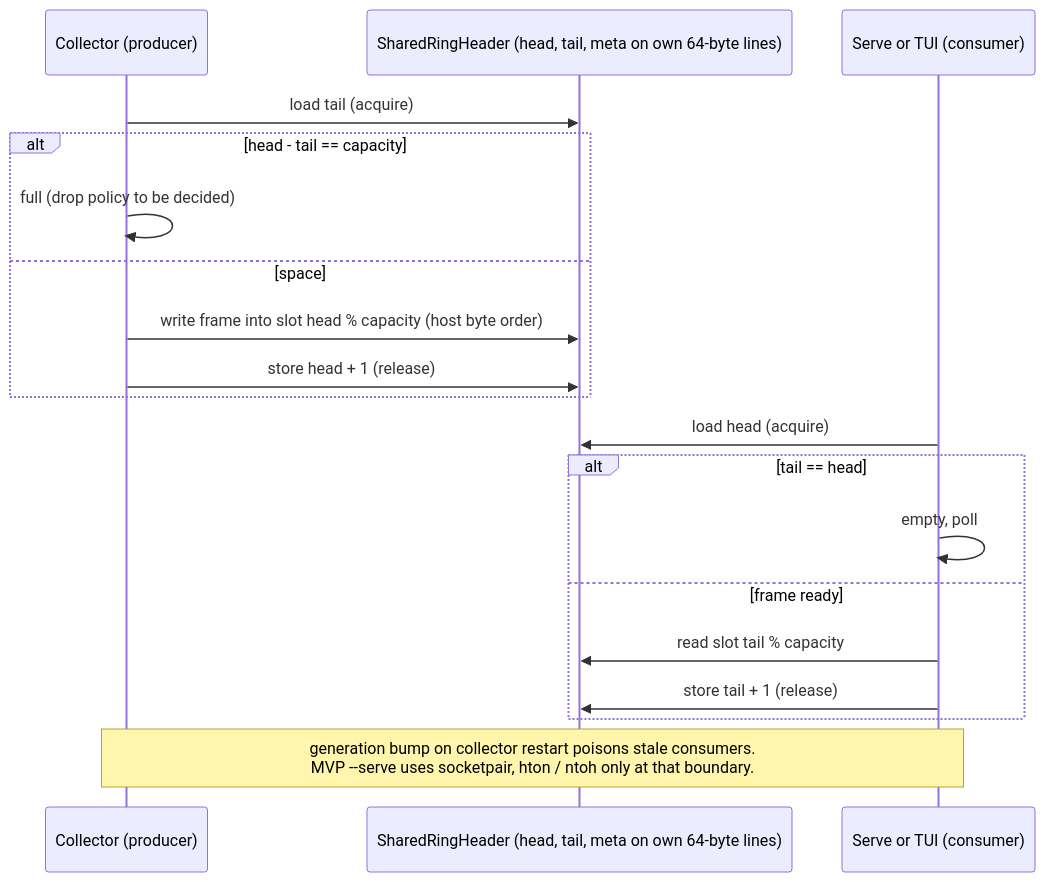
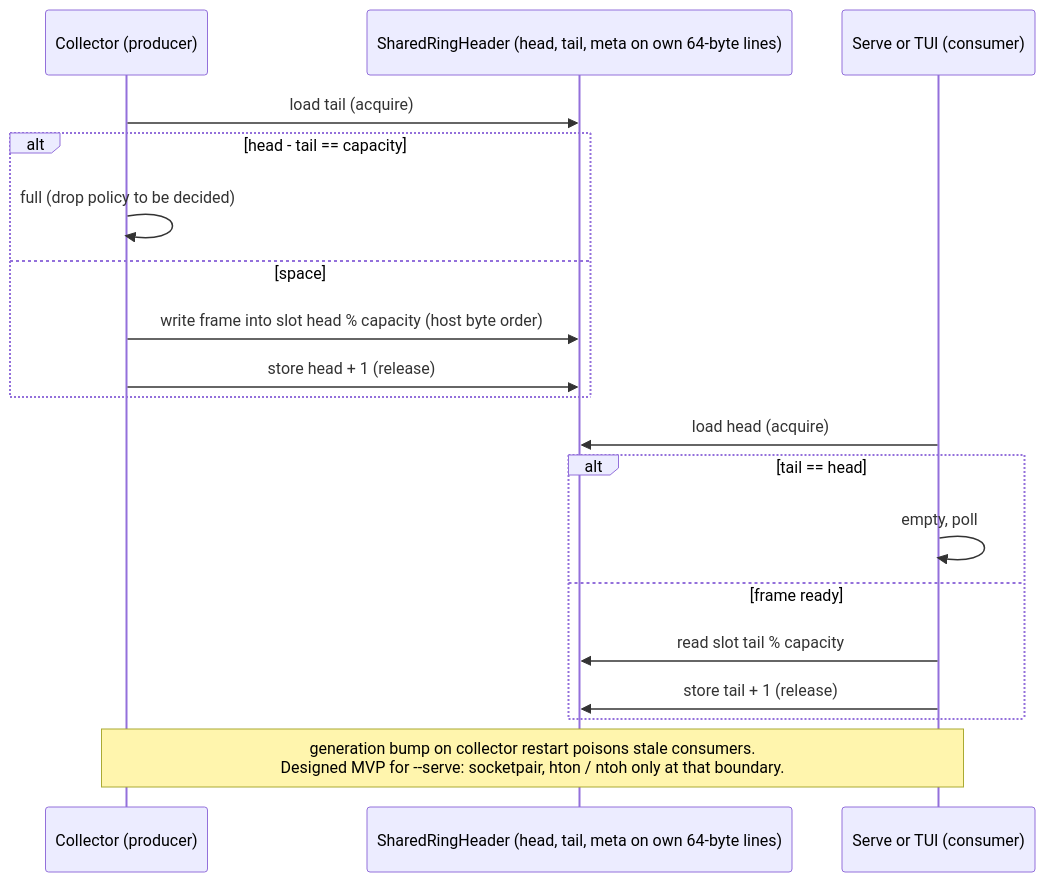
The third of 6 diagrams in README.md (brianreborn/llama.SPY), drawn with Mermaid before and after one commit. The commit also changed other lines of this file, not shown here.

First line of the commit message:
docs(README): match provider lifecycle diagram to the code

````diff
--- a/README.md
+++ b/README.md
@@ -183,21 +191,21 @@
 ```mermaid
 sequenceDiagram
   participant C as Collector (producer)
   participant H as SharedRingHeader (head, tail, meta on own 64-byte lines)
   participant S as Serve or TUI (consumer)
   C->>H: load tail (acquire)
   alt head - tail == capacity
     C->>C: full (drop policy to be decided)
   else space
     C->>H: write frame into slot head % capacity (host byte order)
     C->>H: store head + 1 (release)
   end
   S->>H: load head (acquire)
   alt tail == head
     S->>S: empty, poll
   else frame ready
     S->>H: read slot tail % capacity
     S->>H: store tail + 1 (release)
   end
-  Note over C,S: generation bump on collector restart poisons stale consumers.<br/>MVP --serve uses socketpair, hton / ntoh only at that boundary.
+  Note over C,S: generation bump on collector restart poisons stale consumers.<br/>Designed MVP for --serve: socketpair, hton / ntoh only at that boundary.
 ```
````
